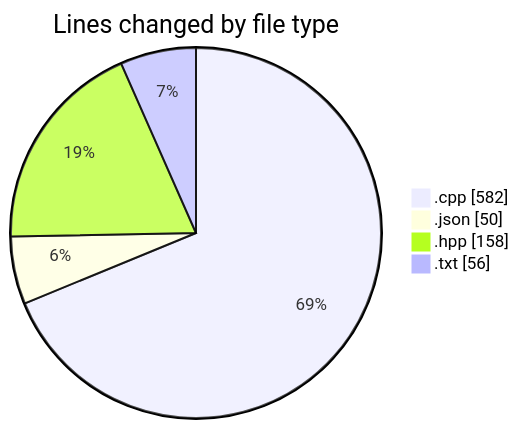
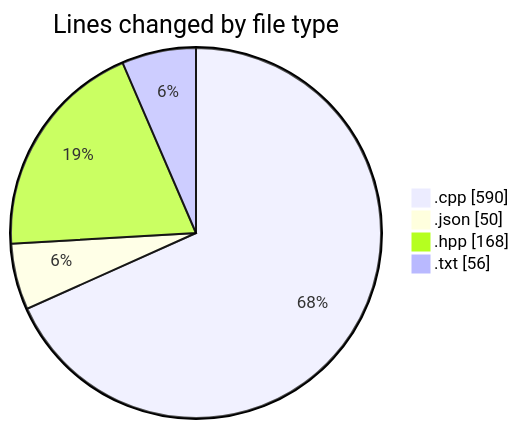
Before and after one commit to Netris89/code-tracking: the first of 2 diagrams in 2025-04-21/echo/README.md, drawn with Mermaid. The commit also changed other lines of this file and 1 other file, not shown here.

````diff
--- a/2025-04-21/echo/README.md
+++ b/2025-04-21/echo/README.md
@@ -25,8 +25,8 @@
 ```mermaid
 pie showData
 title Lines changed by file type
-".cpp" : 582
+".cpp" : 590
 ".json" : 50
-".hpp" : 158
+".hpp" : 168
 ".txt" : 56
 ```
````
